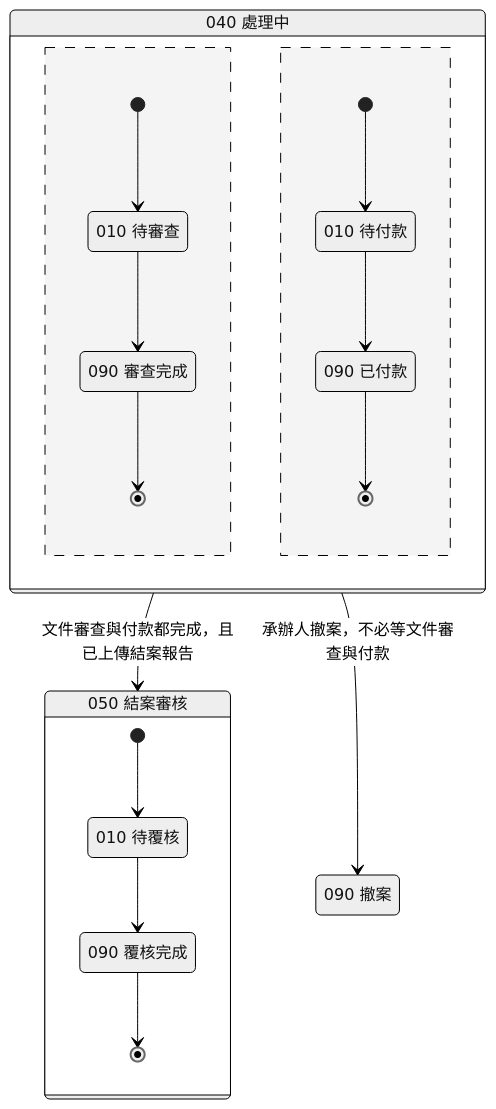
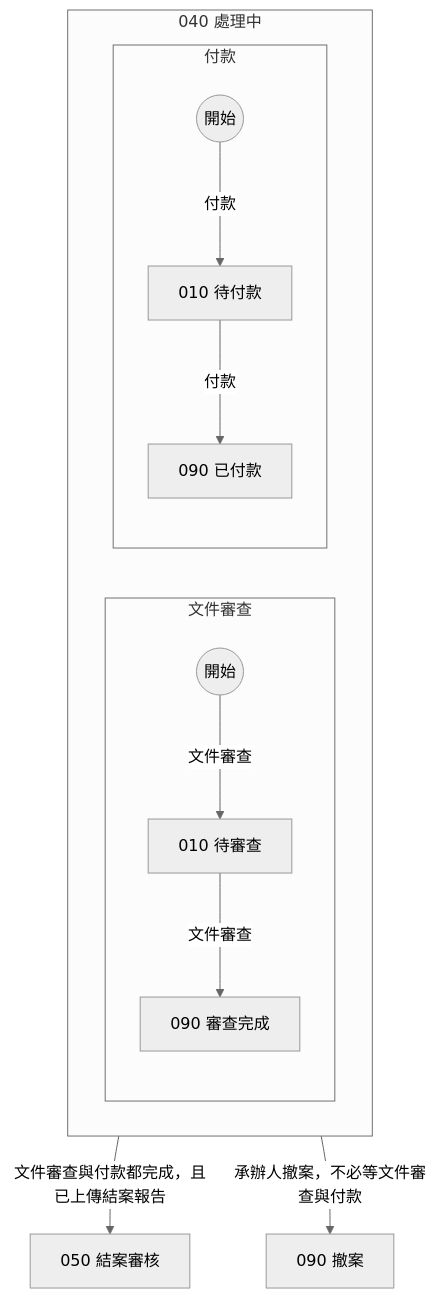
One commit to jonny50905/MCPSample changed the third of 3 diagrams in docs/design/spec-schema-framework.md. Above: the diagram before and after it, drawn with Mermaid (neutral theme). The commit also changed other lines of this file and 42 other files, not shown here.

First line of the commit message:
docs(design): issue #37 不規定 Mermaid 畫法——狀態圖改由三位讀者解讀、外環逐行檢查並多數決（D24）

````diff
--- a/docs/design/spec-schema-framework.md
+++ b/docs/design/spec-schema-framework.md
@@ -635,26 +622,15 @@
 ```mermaid
-stateDiagram-v2
-    state "040 處理中" as M040 {
-        state "010 待審查" as D010
-        state "090 審查完成" as D090
-        [*] --> D010
-        D010 --> D090
-        D090 --> [*]
-        --
-        state "010 待付款" as P010
-        state "090 已付款" as P090
-        [*] --> P010
-        P010 --> P090
-        P090 --> [*]
-    }
-    state "050 結案審核" as M050 {
-        state "010 待覆核" as A010
-        state "090 覆核完成" as A090
-        [*] --> A010
-        A010 --> A090
-        A090 --> [*]
-    }
-    state "090 撤案" as M090
-    M040 --> M050 : 文件審查與付款都完成，且已上傳結案報告
-    M040 --> M090 : 承辦人撤案，不必等文件審查與付款
+flowchart TD
+    subgraph M040 [040 處理中]
+        subgraph DOCS [文件審查]
+            DS((開始)) -->|文件審查| D010["010 待審查"]
+            D010 -->|文件審查| D090["090 審查完成"]
+        end
+        subgraph PAYS [付款]
+            PS((開始)) -->|付款| P010["010 待付款"]
+            P010 -->|付款| P090["090 已付款"]
+        end
+    end
+    M040 -->|文件審查與付款都完成，且已上傳結案報告| M050["050 結案審核"]
+    M040 -->|承辦人撤案，不必等文件審查與付款| N090["090 撤案"]
 ```
````
